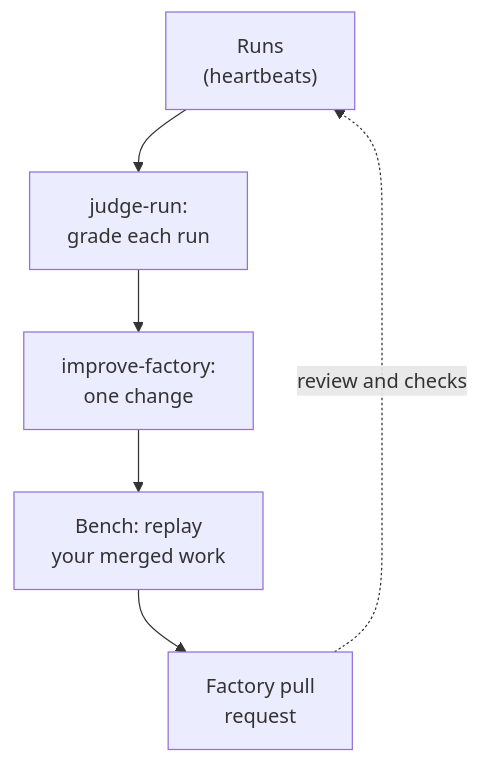
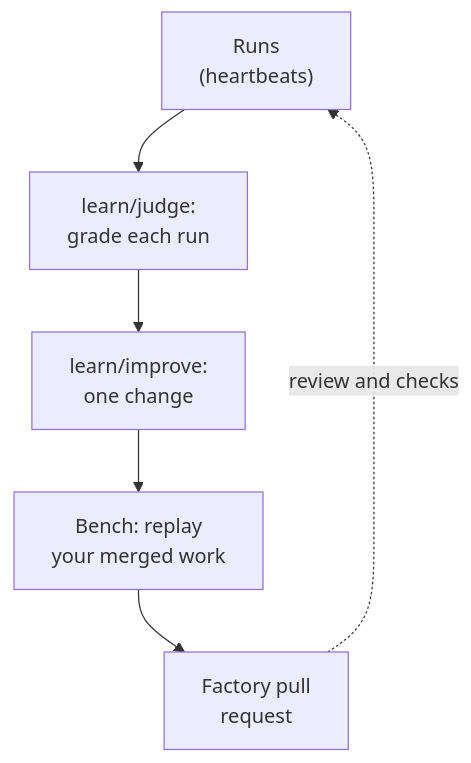
One commit to dmitriywind/agentic-sdlc changed the diagram in docs/guide/10-learning.md. Above: the diagram before and after it, drawn with Mermaid. The commit also changed other lines of this file and 34 other files, not shown here.

````diff
--- a/docs/guide/10-learning.md
+++ b/docs/guide/10-learning.md
@@ -7,8 +8,8 @@
 ```mermaid
 flowchart TB
-  runs["Runs<br/>(heartbeats)"]:::board --> judge["judge-run:<br/>grade each run"]:::agent
-  judge --> prop["improve-factory:<br/>one change"]:::agent
+  runs["Runs<br/>(heartbeats)"]:::board --> judge["learn/judge:<br/>grade each run"]:::agent
+  judge --> prop["learn/improve:<br/>one change"]:::agent
   prop --> bench["Bench: replay<br/>your merged work"]:::ci
   bench --> cr["Factory pull<br/>request"]:::ci
   cr -.->|"review and checks"| runs
 ```
````
